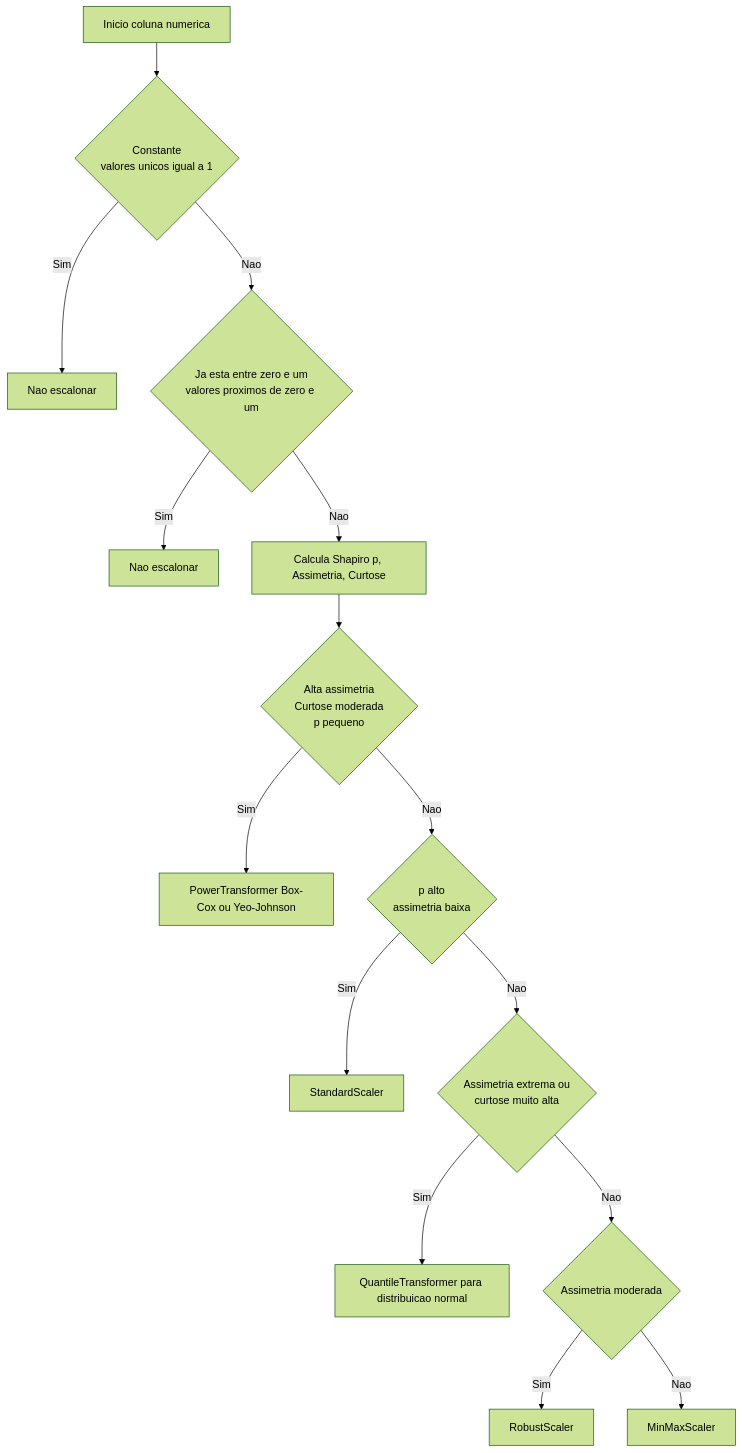
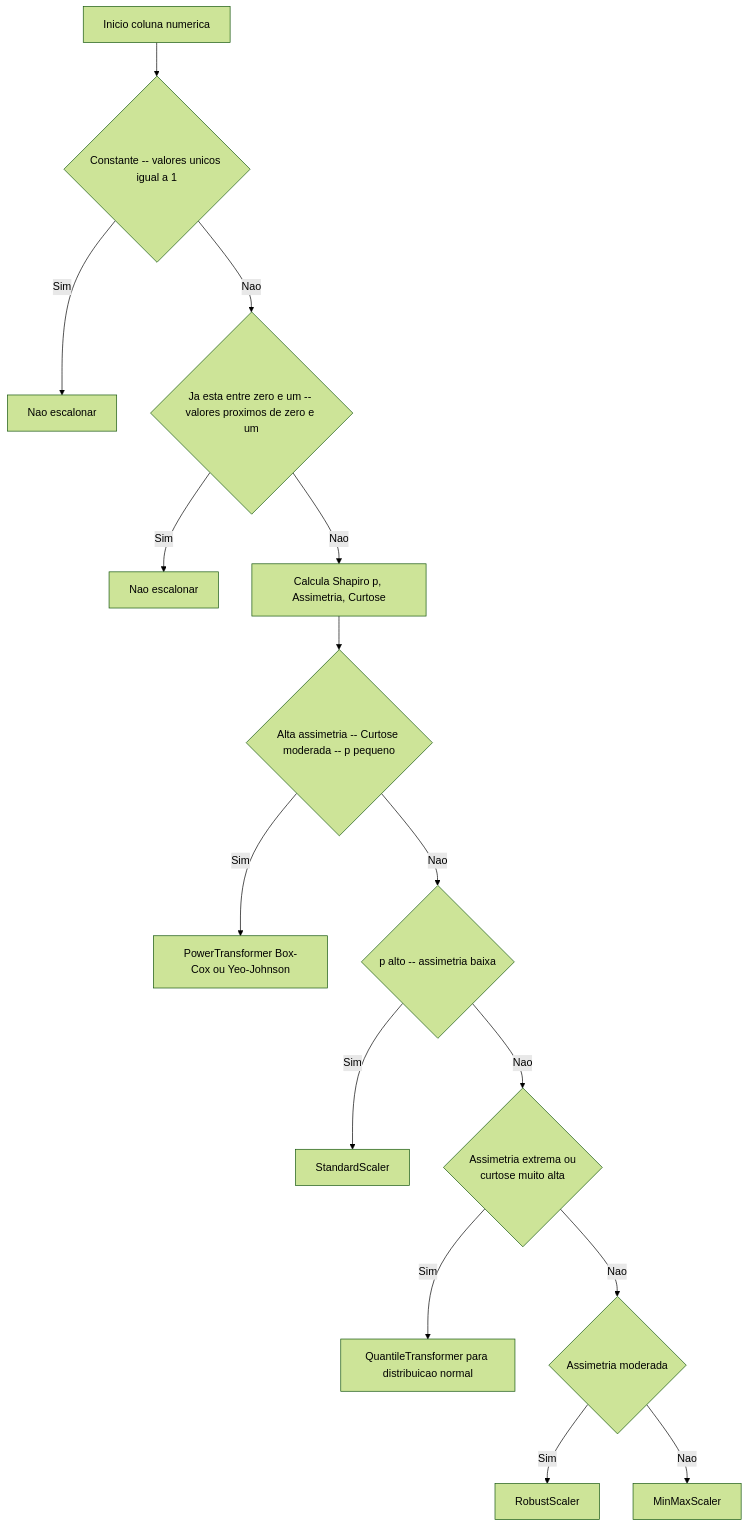
One commit to joaaomaia/DynamicScaler changed the diagram in README.md. Above: the diagram before and after it, drawn with Mermaid (forest theme).

Commit message:
readme.md

````diff
--- a/README.md
+++ b/README.md
@@ -92,17 +92,17 @@
 ```mermaid
 flowchart TD
-    INICIO[Inicio coluna numerica] --> CONST{Constante\nvalores unicos igual a 1}
+    INICIO[Inicio coluna numerica] --> CONST{Constante -- valores unicos igual a 1}
     CONST -- Sim --> PASS1[Nao escalonar]
-    CONST -- Nao --> R01{Ja esta entre zero e um\nvalores proximos de zero e um}
+    CONST -- Nao --> R01{Ja esta entre zero e um -- valores proximos de zero e um}
     R01 -- Sim --> PASS2[Nao escalonar]
     R01 -- Nao --> METRICAS[Calcula Shapiro p, Assimetria, Curtose]
-    METRICAS --> PTCOND{Alta assimetria\nCurtose moderada\np pequeno}
+    METRICAS --> PTCOND{Alta assimetria -- Curtose moderada -- p pequeno}
     PTCOND -- Sim --> POWER[PowerTransformer Box-Cox ou Yeo-Johnson]
-    PTCOND -- Nao --> NORMAL{p alto\nassimetria baixa}
+    PTCOND -- Nao --> NORMAL{p alto -- assimetria baixa}
     NORMAL -- Sim --> PADRAO[StandardScaler]
     NORMAL -- Nao --> PESADA{Assimetria extrema ou\ncurtose muito alta}
     PESADA -- Sim --> QUANTIL[QuantileTransformer para distribuicao normal]
     PESADA -- Nao --> ROBUSTEZ{Assimetria moderada}
     ROBUSTEZ -- Sim --> ROBUSTO[RobustScaler]
     ROBUSTEZ -- Nao --> MINMAX[MinMaxScaler]
 ```
````
